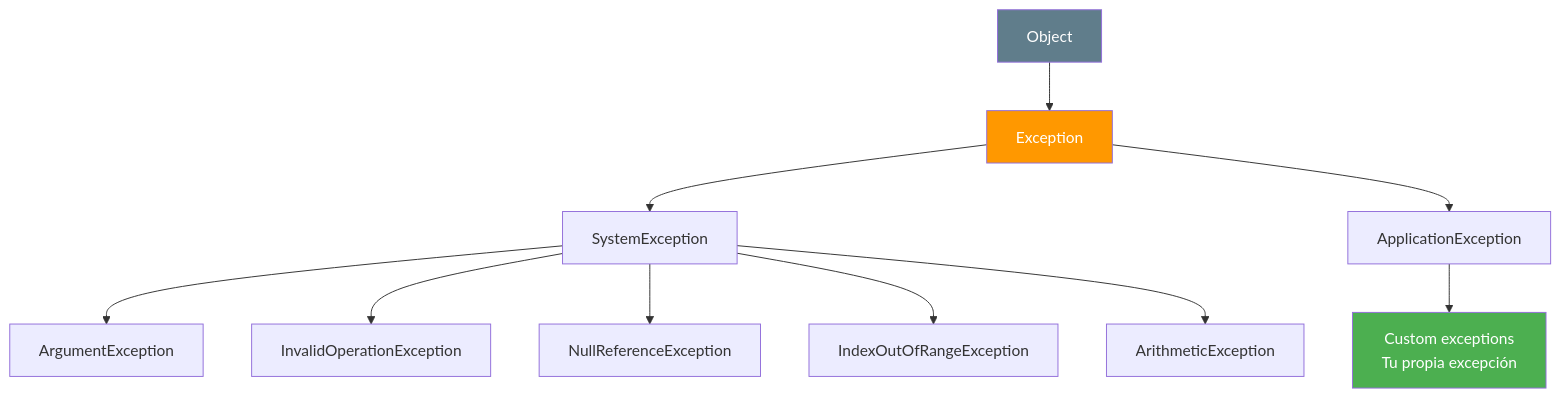
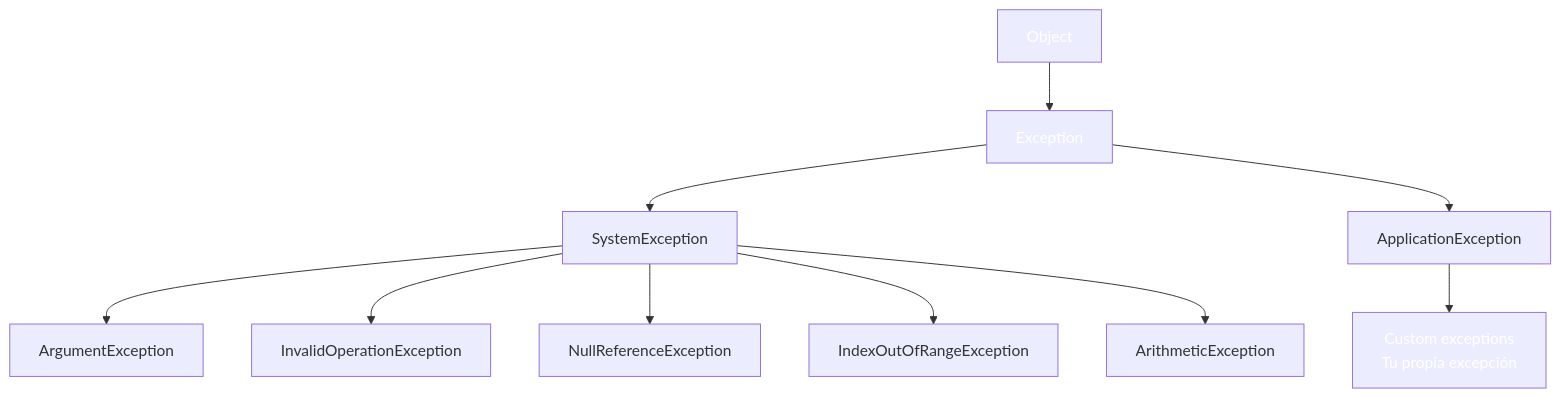
The sixth of 7 diagrams in csharp_inicial/04-Fundamentoscsharp.md (joseluisgs/DesarrolloWebEntornosServidor-01-2026-2027), drawn with Mermaid before and after one commit. The commit also changed other lines of this file and 66 other files, not shown here.

First line of the commit message:
fix: normalizar titulos al castellano de frase y corregir la paleta de mermaid

````diff
--- a/csharp_inicial/04-Fundamentoscsharp.md
+++ b/csharp_inicial/04-Fundamentoscsharp.md
@@ -528,18 +528,18 @@
 ```mermaid
 flowchart TD
     A[Object] --> B[Exception]
     B --> C[SystemException]
     B --> D[ApplicationException]
     
     C --> E[ArgumentException]
     C --> F[InvalidOperationException]
     C --> G[NullReferenceException]
     C --> H[IndexOutOfRangeException]
     C --> I[ArithmeticException]
     
     D --> J[Custom exceptions<br/>Tu propia excepción]
     
-    style A fill:#607D8B,color:#fff
-    style B fill:#FF9800,color:#fff
-    style J fill:#4CAF50,color:#fff
+    style A fill:#607D8,color:#fffB,color:#fff
+    style B fill:#FF980,color:#fff0,color:#fff
+    style J fill:#4CAF5,color:#fff0,color:#fff
 ```
````
